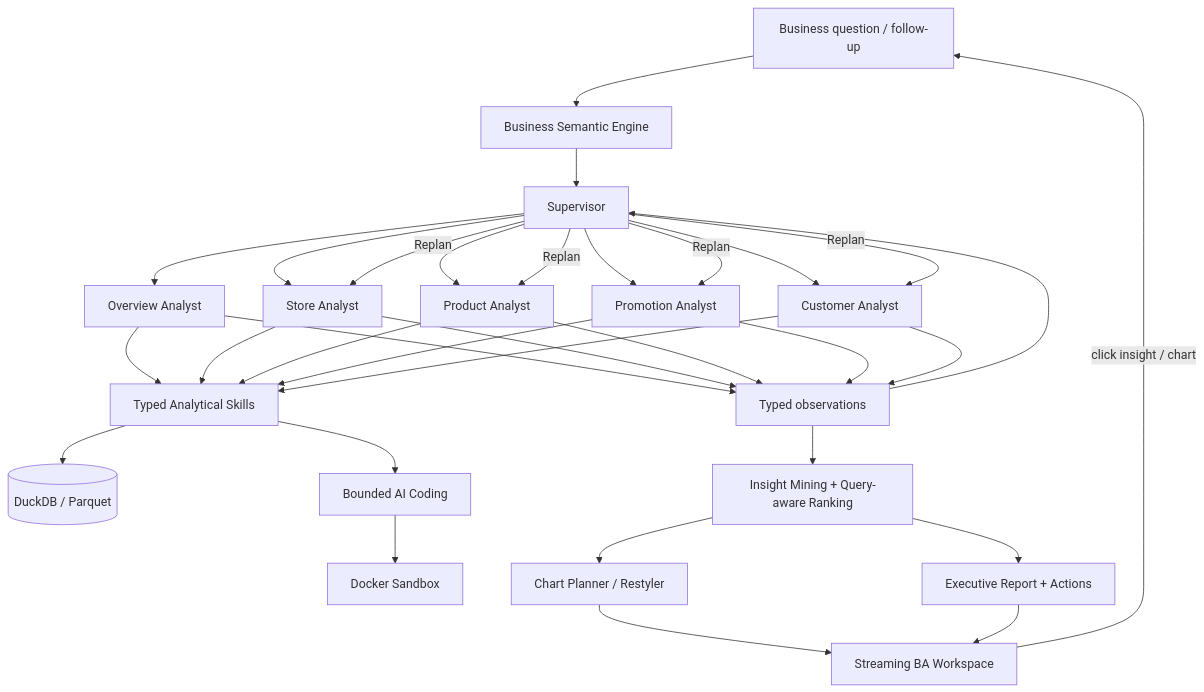
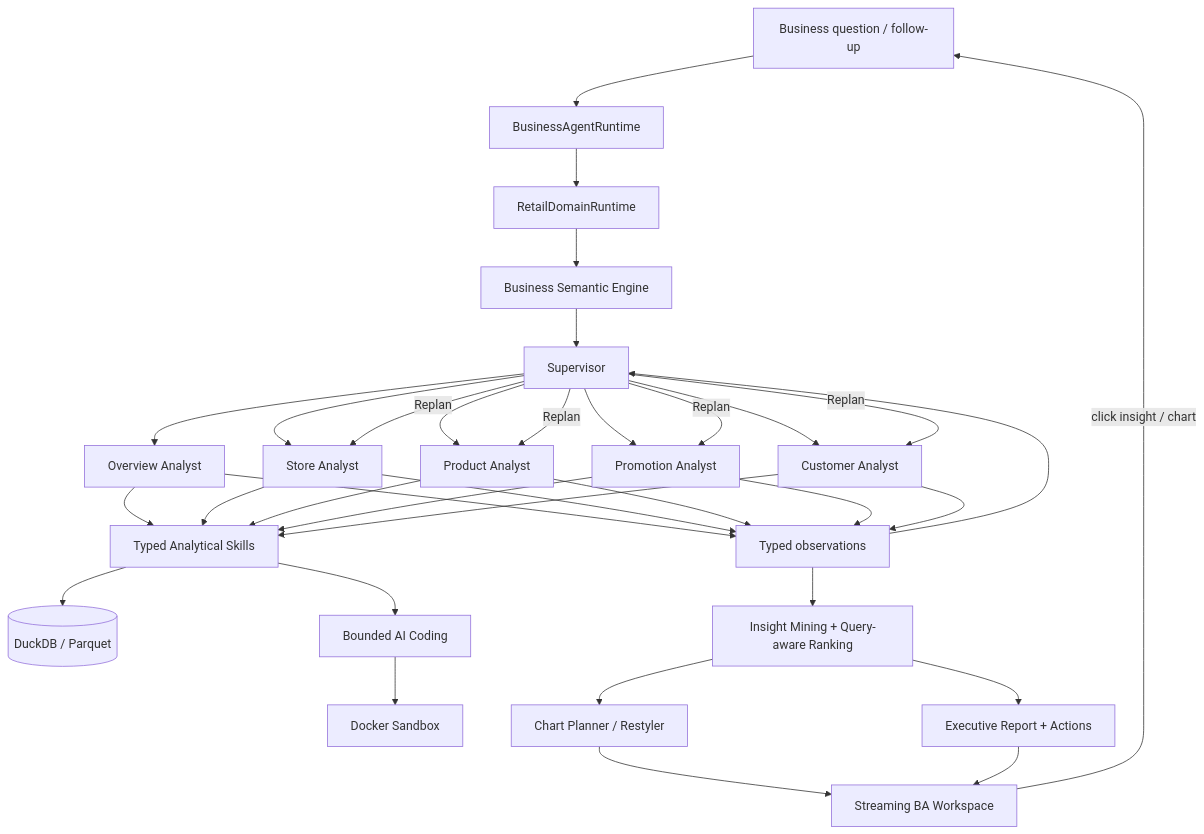
Before and after one commit to Benjamindaoson/enterprise-data-agent: the first of 2 diagrams in README.md, drawn with Mermaid. The commit also changed other lines of this file and 4 other files, not shown here.

````diff
--- a/README.md
+++ b/README.md
@@ -85,38 +85,40 @@
 ```mermaid
 flowchart TD
-    U[Business question / follow-up] --> S[Business Semantic Engine]
+    U[Business question / follow-up] --> BAR[BusinessAgentRuntime]
+    BAR --> DR[RetailDomainRuntime]
+    DR --> S[Business Semantic Engine]
     S --> SUP[Supervisor]
     SUP --> O[Overview Analyst]
     SUP --> ST[Store Analyst]
     SUP --> PR[Product Analyst]
     SUP --> PM[Promotion Analyst]
     SUP --> CU[Customer Analyst]
 
     O --> SK[Typed Analytical Skills]
     ST --> SK
     PR --> SK
     PM --> SK
     CU --> SK
 
     SK --> D[(DuckDB / Parquet)]
     SK --> C[Bounded AI Coding]
     C --> SB[Docker Sandbox]
 
     O --> OBS[Typed observations]
     ST --> OBS
     PR --> OBS
     PM --> OBS
     CU --> OBS
     OBS --> SUP
     SUP -->|Replan| ST
     SUP -->|Replan| PR
     SUP -->|Replan| PM
     SUP -->|Replan| CU
 
     OBS --> IM[Insight Mining + Query-aware Ranking]
     IM --> CH[Chart Planner / Restyler]
     IM --> RP[Executive Report + Actions]
     CH --> UI[Streaming BA Workspace]
     RP --> UI
     UI -->|click insight / chart| U
 ```
````
